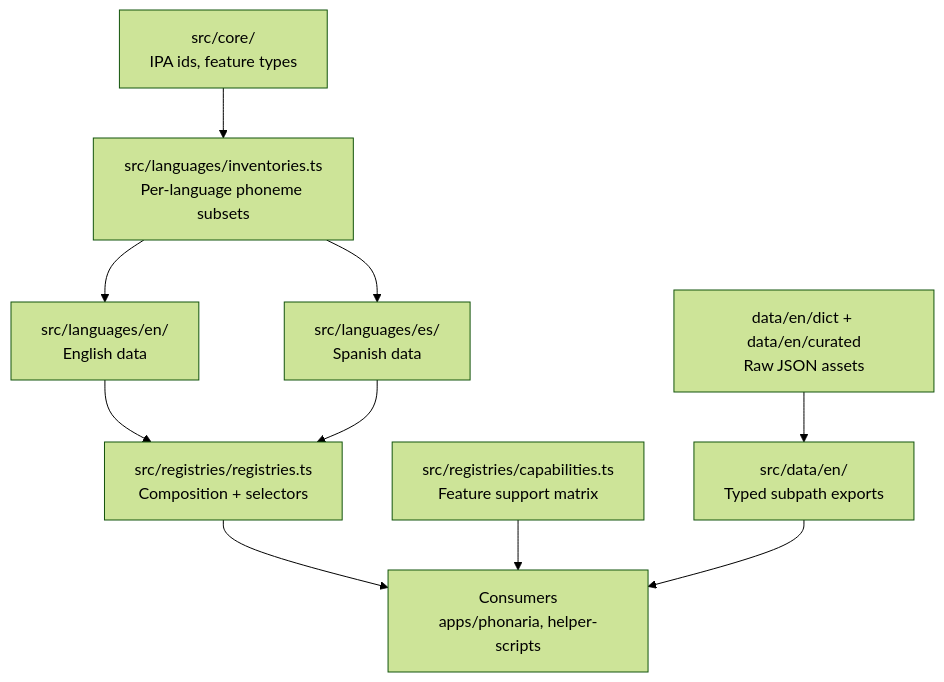
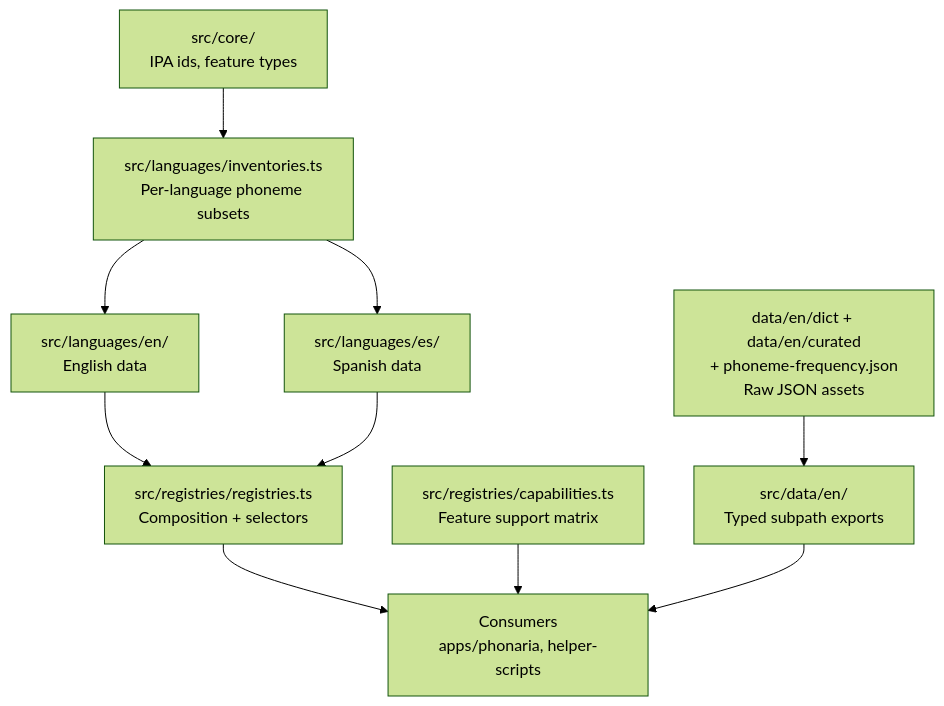
Before and after one commit to rigomart/phonaria: the diagram in packages/phonetics-data/README.md, drawn with Mermaid (forest theme). The commit also changed 48 other files, not shown here.

````diff
--- a/packages/phonetics-data/README.md
+++ b/packages/phonetics-data/README.md
@@ -40,12 +40,12 @@
 ```mermaid
 graph TD
   A["src/core/\nIPA ids, feature types"] --> B["src/languages/inventories.ts\nPer-language phoneme subsets"]
   B --> C["src/languages/en/\nEnglish data"]
   B --> D["src/languages/es/\nSpanish data"]
   C --> E["src/registries/registries.ts\nComposition + selectors"]
   D --> E
   E --> F["Consumers\napps/phonaria, helper-scripts"]
   G["src/registries/capabilities.ts\nFeature support matrix"] --> F
-  H["data/en/dict + data/en/curated\nRaw JSON assets"] --> I["src/data/en/\nTyped subpath exports"]
+  H["data/en/dict + data/en/curated\n+ phoneme-frequency.json\nRaw JSON assets"] --> I["src/data/en/\nTyped subpath exports"]
   I --> F
 ```
````
